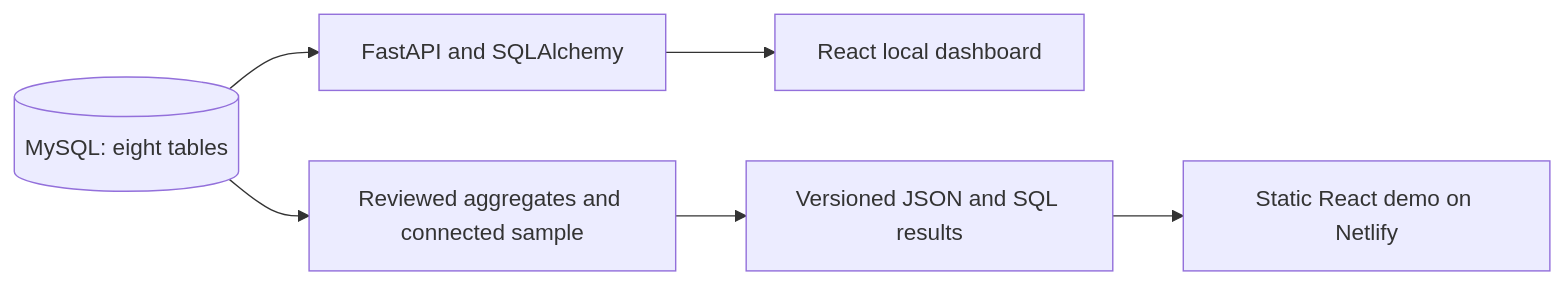
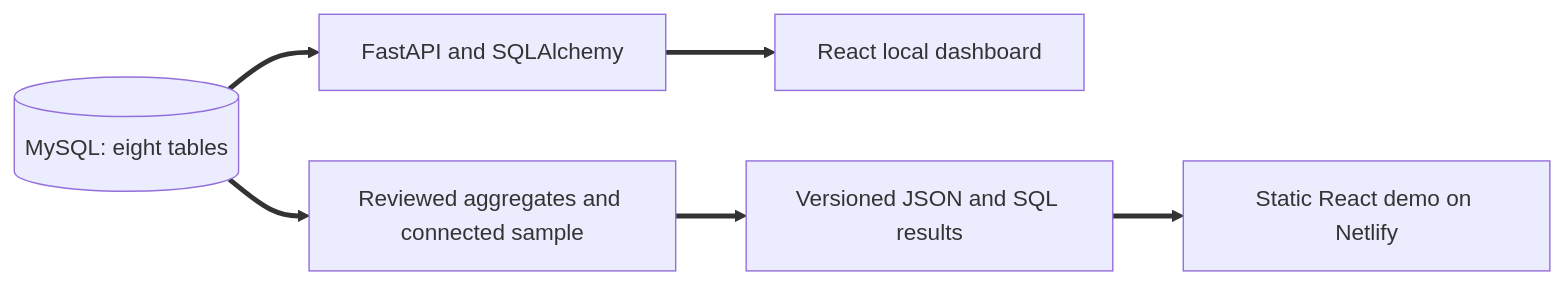
The diagram in README.md (emilyxue003/health_insurance_analytics), drawn with Mermaid before and after one commit.

Commit message:
Match project documentation formatting preferences

````diff
--- a/README.md
+++ b/README.md
@@ -56,8 +56,8 @@
 ```mermaid
 flowchart LR
-    DB[(MySQL: eight tables)] --> API[FastAPI and SQLAlchemy]
-    API --> Local[React local dashboard]
-    DB --> Export[Reviewed aggregates and connected sample]
-    Export --> Snapshot[Versioned JSON and SQL results]
-    Snapshot --> Demo[Static React demo on Netlify]
+    DB[(MySQL: eight tables)] ==> API[FastAPI and SQLAlchemy]
+    API ==> Local[React local dashboard]
+    DB ==> Export[Reviewed aggregates and connected sample]
+    Export ==> Snapshot[Versioned JSON and SQL results]
+    Snapshot ==> Demo[Static React demo on Netlify]
 ```
````
